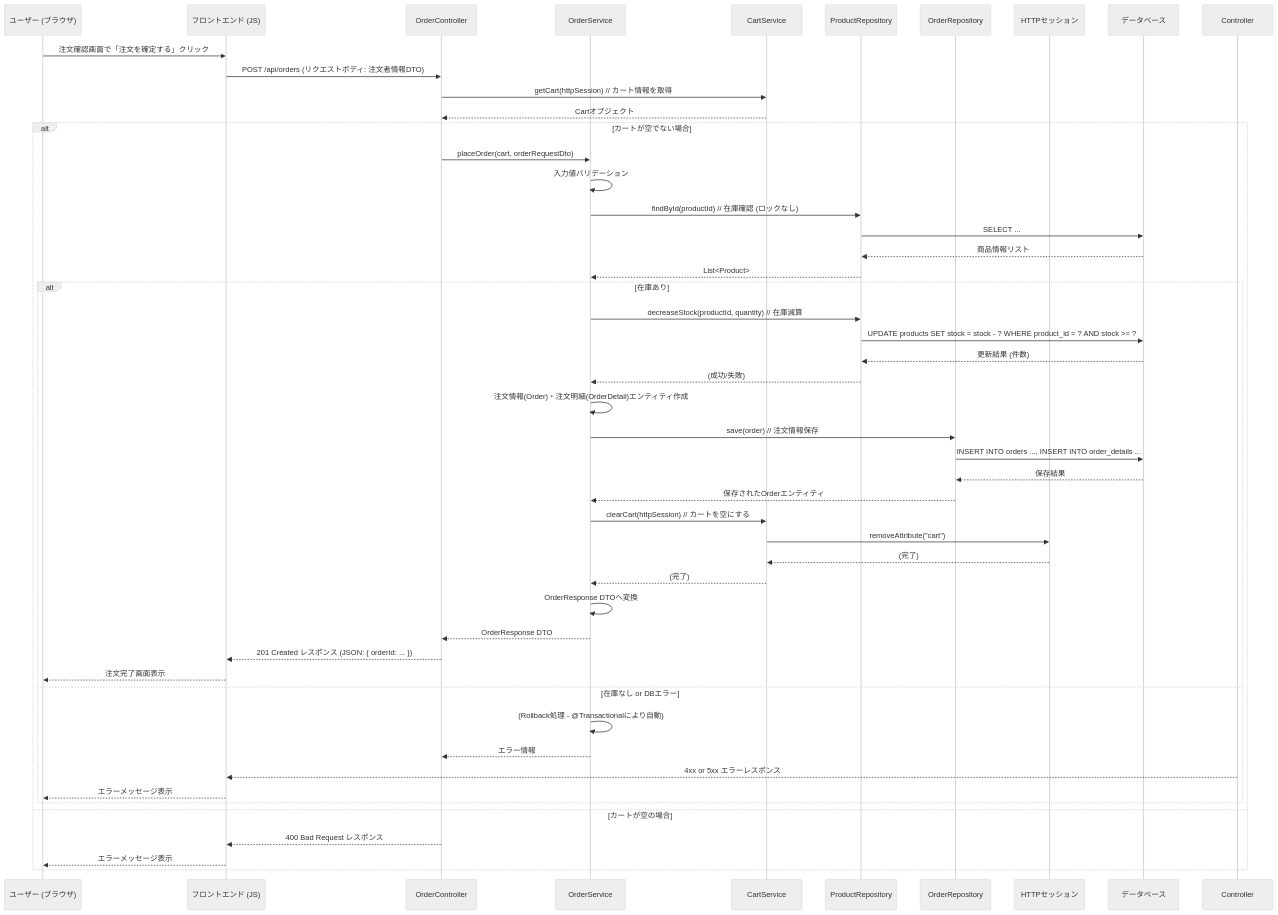
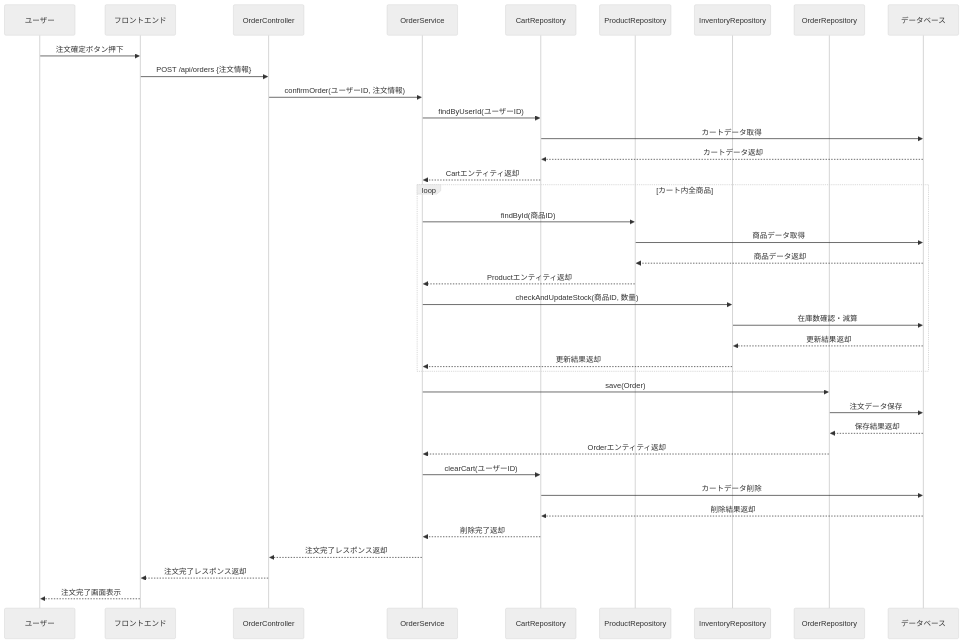
The sixth of 28 diagrams in 詳細設計/担当B_村田/3.2 機能詳細.md (Aoi-Yaegashi/teamF), drawn with Mermaid (neutral theme) before and after one commit. The commit also changed other lines of this file and 1 other file, not shown here.

```diff
--- a/詳細設計/担当B_村田/3.2 機能詳細.md
+++ b/詳細設計/担当B_村田/3.2 機能詳細.md
@@ -158,56 +170,41 @@
-<div class="mermaid">
-sequenceDiagram
-    participant User as ユーザー (ブラウザ)
-    participant FE as フロントエンド (JS)
-    participant OrderController
-    participant OrderService
-    participant CartService
-    participant ProductRepository
-    participant OrderRepository
-    participant HttpSession as HTTPセッション
+   <div class="mermaid">
+   sequenceDiagram
+    participant User as ユーザー
+    participant Browser as フロントエンド
+    participant OrderController as OrderController
+    participant OrderService as OrderService
+    participant CartRepo as CartRepository
+    participant ProductRepo as ProductRepository
+    participant InventoryRepo as InventoryRepository
+    participant OrderRepo as OrderRepository
     participant DB as データベース
 
-    User->>FE: 注文確認画面で「注文を確定する」クリック
-    FE->>OrderController: POST /api/orders (リクエストボディ: 注文者情報DTO)
-    OrderController->>CartService: getCart(httpSession) // カート情報を取得
-    CartService-->>OrderController: Cartオブジェクト
-
-    alt カートが空でない場合
-        OrderController->>OrderService: placeOrder(cart, orderRequestDto)
-        OrderService->>OrderService: 入力値バリデーション
-        OrderService->>ProductRepository: findById(productId) // 在庫確認 (ロックなし)
-        ProductRepository->>DB: SELECT ...
-        DB-->>ProductRepository: 商品情報リスト
-        ProductRepository-->>OrderService: List<Product>
-        alt 在庫あり
-            OrderService->>ProductRepository: decreaseStock(productId, quantity) // 在庫減算
-            ProductRepository->>DB: UPDATE products SET stock = stock - ? WHERE product_id = ? AND stock >= ?
-            DB-->>ProductRepository: 更新結果 (件数)
-            ProductRepository-->>OrderService: (成功/失敗)
-
-            OrderService->>OrderService: 注文情報(Order)・注文明細(OrderDetail)エンティティ作成
-            OrderService->>OrderRepository: save(order) // 注文情報保存
-            OrderRepository->>DB: INSERT INTO orders ..., INSERT INTO order_details ...
-            DB-->>OrderRepository: 保存結果
-            OrderRepository-->>OrderService: 保存されたOrderエンティティ
-
-            OrderService->>CartService: clearCart(httpSession) // カートを空にする
-            CartService->>HttpSession: removeAttribute("cart")
-            HttpSession-->>CartService: (完了)
-            CartService-->>OrderService: (完了)
-
-            OrderService->>OrderService: OrderResponse DTOへ変換
-            OrderService-->>OrderController: OrderResponse DTO
-            OrderController-->>FE: 201 Created レスポンス (JSON: { orderId: ... })
-            FE-->>User: 注文完了画面表示
-        else 在庫なし or DBエラー
-            OrderService->>OrderService: (Rollback処理 - @Transactionalにより自動)
-            OrderService-->>OrderController: エラー情報
-            Controller-->>FE: 4xx or 5xx エラーレスポンス
-            FE-->>User: エラーメッセージ表示
-        end
-    else カートが空の場合
-        OrderController-->>FE: 400 Bad Request レスポンス
-        FE-->>User: エラーメッセージ表示
+    User->>Browser: 注文確定ボタン押下
+    Browser->>OrderController: POST /api/orders {注文情報}
+    OrderController->>OrderService: confirmOrder(ユーザーID, 注文情報)
+    OrderService->>CartRepo: findByUserId(ユーザーID)
+    CartRepo->>DB: カートデータ取得
+    DB-->>CartRepo: カートデータ返却
+    CartRepo-->>OrderService: Cartエンティティ返却
+    loop カート内全商品
+        OrderService->>ProductRepo: findById(商品ID)
+        ProductRepo->>DB: 商品データ取得
+        DB-->>ProductRepo: 商品データ返却
+        ProductRepo-->>OrderService: Productエンティティ返却
+        OrderService->>InventoryRepo: checkAndUpdateStock(商品ID, 数量)
+        InventoryRepo->>DB: 在庫数確認・減算
+        DB-->>InventoryRepo: 更新結果返却
+        InventoryRepo-->>OrderService: 更新結果返却
     end
+    OrderService->>OrderRepo: save(Order)
+    OrderRepo->>DB: 注文データ保存
+    DB-->>OrderRepo: 保存結果返却
+    OrderRepo-->>OrderService: Orderエンティティ返却
+    OrderService->>CartRepo: clearCart(ユーザーID)
+    CartRepo->>DB: カートデータ削除
+    DB-->>CartRepo: 削除結果返却
+    CartRepo-->>OrderService: 削除完了返却
+    OrderService-->>OrderController: 注文完了レスポンス返却
+    OrderController-->>Browser: 注文完了レスポンス返却
+    Browser-->>User: 注文完了画面表示
 </div>
```
